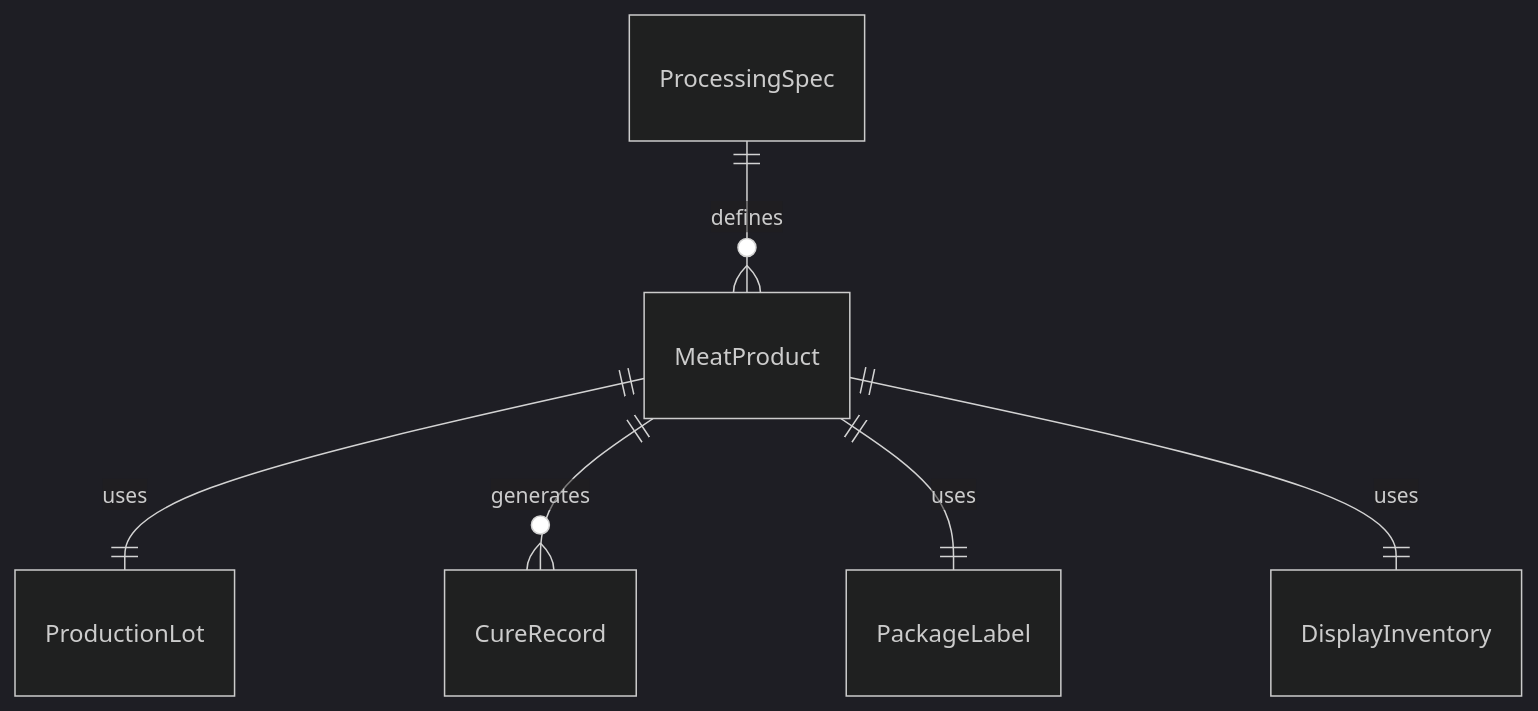
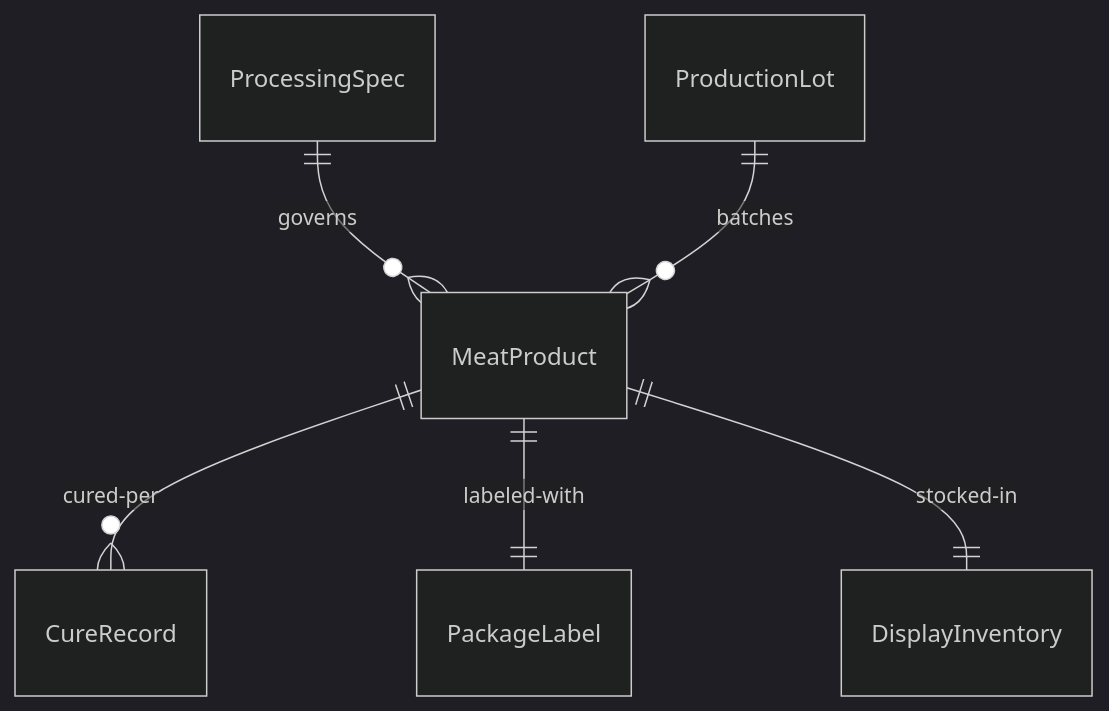
The first of 4 diagrams in HandlingAndMovingObjects/PrepareFoodsOrBeverages/PrepareMeatProductsSaleConsumption.mdx (dot-org-ai/tasks.org.ai), drawn with Mermaid (dark theme) before and after one commit. The commit also changed 515 other files, not shown here.

````diff
--- a/HandlingAndMovingObjects/PrepareFoodsOrBeverages/PrepareMeatProductsSaleConsumption.mdx
+++ b/HandlingAndMovingObjects/PrepareFoodsOrBeverages/PrepareMeatProductsSaleConsumption.mdx
@@ -87,8 +87,8 @@
 ```mermaid
 erDiagram
-    ProcessingSpec ||--o{ MeatProduct : "defines"
-    MeatProduct ||--|| ProductionLot : "uses"
-    MeatProduct ||--o{ CureRecord : "generates"
-    MeatProduct ||--|| PackageLabel : "uses"
-    MeatProduct ||--|| DisplayInventory : "uses"
+    ProcessingSpec ||--o{ MeatProduct : "governs"
+    ProductionLot ||--o{ MeatProduct : "batches"
+    MeatProduct ||--o{ CureRecord : "cured-per"
+    MeatProduct ||--|| PackageLabel : "labeled-with"
+    MeatProduct ||--|| DisplayInventory : "stocked-in"
 ```
````
